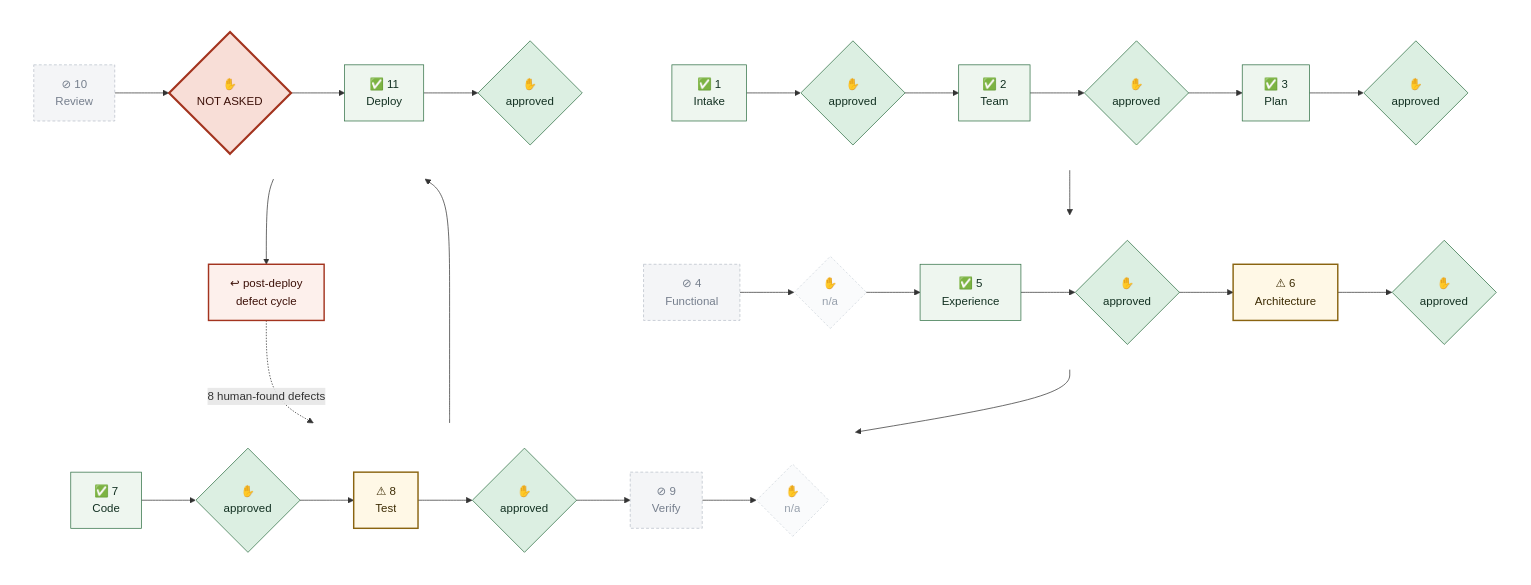
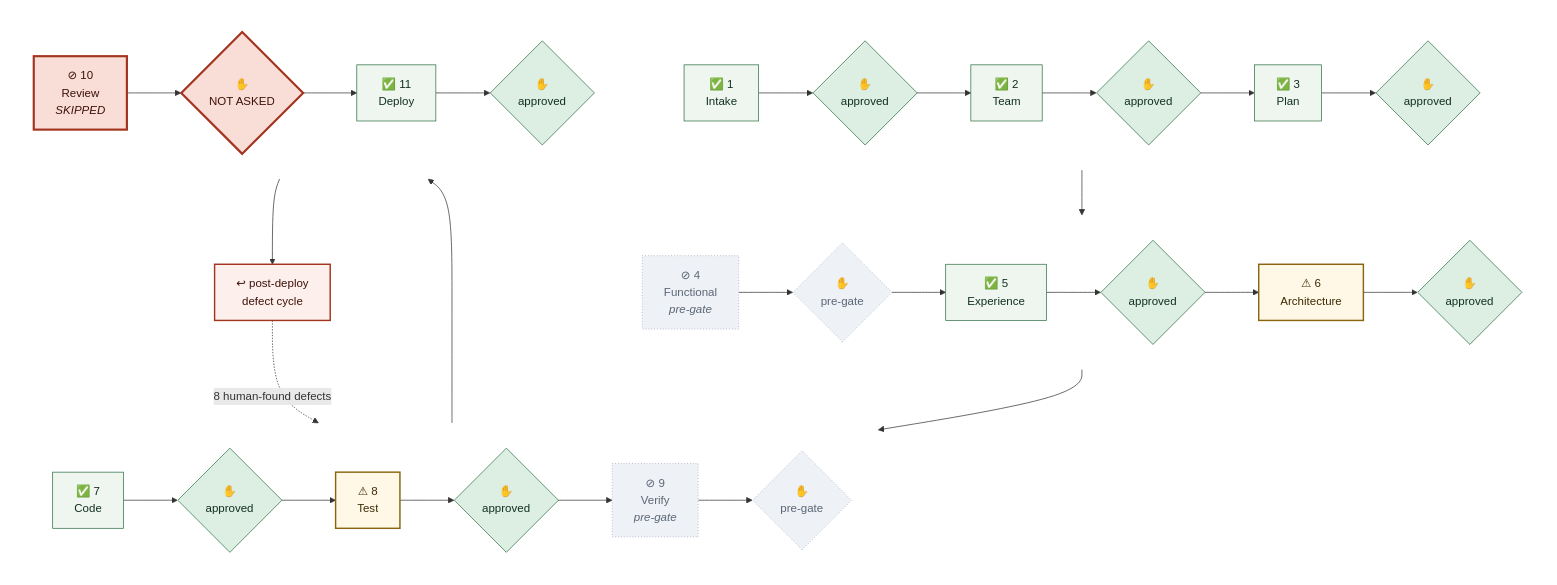
The diagram in projects/little-milestones/PIPELINE_LOG.md (tandonakhil/AICluadeCode), drawn with Mermaid before and after one commit. The commit also changed other lines of this file and 4 other files, not shown here.

````diff
--- a/projects/little-milestones/PIPELINE_LOG.md
+++ b/projects/little-milestones/PIPELINE_LOG.md
@@ -20,45 +20,50 @@
 ```mermaid
 flowchart TB
   subgraph r1 [" "]
     direction LR
     G1["✅ 1<br/>Intake"] --> H1{"✋<br/>approved"} --> G2["✅ 2<br/>Team"] --> H2{"✋<br/>approved"} --> G3["✅ 3<br/>Plan"] --> H3{"✋<br/>approved"}
   end
   subgraph r2 [" "]
     direction LR
-    G4["⊘ 4<br/>Functional"] --> H4{"✋<br/>n/a"} --> G5["✅ 5<br/>Experience"] --> H5{"✋<br/>approved"} --> G6["⚠ 6<br/>Architecture"] --> H6{"✋<br/>approved"}
+    G4["⊘ 4<br/>Functional<br/><i>pre-gate</i>"] --> H4{"✋<br/>pre-gate"} --> G5["✅ 5<br/>Experience"] --> H5{"✋<br/>approved"} --> G6["⚠ 6<br/>Architecture"] --> H6{"✋<br/>approved"}
   end
   subgraph r3 [" "]
     direction LR
-    G7["✅ 7<br/>Code"] --> H7{"✋<br/>approved"} --> G8["⚠ 8<br/>Test"] --> H8{"✋<br/>approved"} --> G9["⊘ 9<br/>Verify"] --> H9{"✋<br/>n/a"}
+    G7["✅ 7<br/>Code"] --> H7{"✋<br/>approved"} --> G8["⚠ 8<br/>Test"] --> H8{"✋<br/>approved"} --> G9["⊘ 9<br/>Verify<br/><i>pre-gate</i>"] --> H9{"✋<br/>pre-gate"}
   end
   subgraph r4 [" "]
     direction LR
-    G10["⊘ 10<br/>Review"] --> H10{"✋<br/>NOT ASKED"} --> G11["✅ 11<br/>Deploy"] --> H11{"✋<br/>approved"}
+    G10["⊘ 10<br/>Review<br/><i>SKIPPED</i>"] --> H10{"✋<br/>NOT ASKED"} --> G11["✅ 11<br/>Deploy"] --> H11{"✋<br/>approved"}
   end
   H3 --> G4
   H6 --> G7
   H9 --> G10
   FIX -.->|8 human-found defects| G7
   FIX["↩ post-deploy<br/>defect cycle"]
   H11 --> FIX
   class FIX looped
   classDef done    fill:#eef6ef,stroke:#2f6f43,color:#123021
   classDef active  fill:#fff8e6,stroke:#8a6410,stroke-width:2px,color:#3d2c04
   classDef looped  fill:#fdf0ec,stroke:#a3341f,stroke-width:2px,color:#3d1109
   classDef warn    fill:#fff8e6,stroke:#8a6410,stroke-width:2px,color:#3d2c04
   classDef pending fill:#f4f5f7,stroke:#b8bfc9,color:#767f8d
   classDef skipped fill:#f4f5f7,stroke:#b8bfc9,color:#767f8d,stroke-dasharray:4 3
+  classDef skip_na  fill:#f4f5f7,stroke:#b8bfc9,color:#767f8d,stroke-dasharray:4 3
+  classDef skip_pre fill:#eef1f6,stroke:#8d99ab,color:#5b6675,stroke-dasharray:1 3
+  classDef skip_owed fill:#f8ded7,stroke:#a3341f,stroke-width:3px,color:#3d1109
   classDef hdone   fill:#dcefe2,stroke:#2f6f43,color:#123021
   classDef hwait   fill:#ffe9a8,stroke:#8a6410,stroke-width:4px,color:#3d2c04
   classDef hpend   fill:#fafbfc,stroke:#cfd5dd,color:#98a1ad,stroke-dasharray:3 3
   classDef hskip   fill:#fafbfc,stroke:#cfd5dd,color:#98a1ad,stroke-dasharray:3 3
+  classDef hpre    fill:#eef1f6,stroke:#8d99ab,color:#5b6675,stroke-dasharray:1 3
   classDef hnone   fill:#f8ded7,stroke:#a3341f,stroke-width:3px,color:#3d1109
   classDef rowbox  fill:none,stroke:none
   class G1,G2,G3,G5,G7,G11 done
   class H1,H2,H3,H5,H6,H7,H8,H11 hdone
-  class G4,G9,G10 skipped
-  class H4,H9 hskip
+  class G4,G9 skip_pre
+  class H4,H9 hpre
   class G6,G8 warn
+  class G10 skip_owed
   class H10 hnone
   class r1,r2,r3,r4 rowbox
 ```
````
